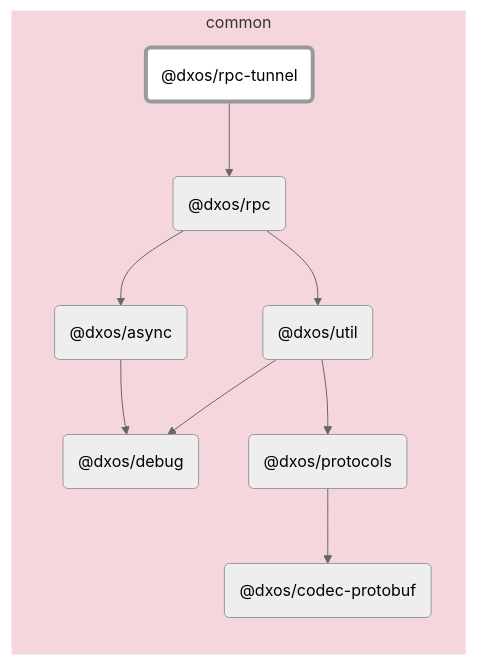
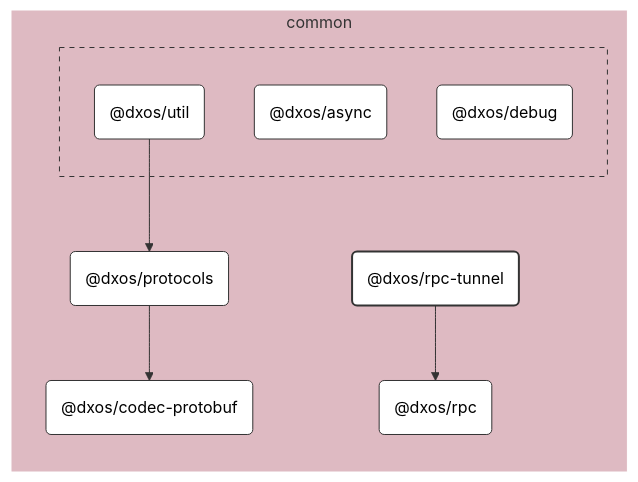
The diagram in packages/common/rpc-tunnel/docs/README.md (dxos/dxos), drawn with Mermaid (neutral theme) before and after one commit. The commit also changed 100 other files, not shown here.

````diff
--- a/packages/common/rpc-tunnel/docs/README.md
+++ b/packages/common/rpc-tunnel/docs/README.md
@@ -7,31 +7,51 @@
 ```mermaid
-flowchart LR;
+%%{ init: {'flowchart':{'curve':'basis'}} }%%
 
-style dxos/rpc-tunnel fill:#fff,stroke-width:4px;
+flowchart LR
 
-click dxos/rpc "https:/github.com/dxos/dxos/tree/main/packages/common/rpc/docs";
-click dxos/async "https:/github.com/dxos/dxos/tree/main/packages/common/async/docs";
-click dxos/codec-protobuf "https:/github.com/dxos/dxos/tree/main/packages/common/codec-protobuf/docs";
-click dxos/debug "https:/github.com/dxos/dxos/tree/main/packages/common/debug/docs";
-click dxos/protocols "https:/github.com/dxos/dxos/tree/main/packages/common/protocols/docs";
-click dxos/util "https:/github.com/dxos/dxos/tree/main/packages/common/util/docs";
+%% Links
+dxos/protocols --> dxos/codec-protobuf;
+dxos/rpc-tunnel --> dxos/rpc;
+dxos/util --> dxos/protocols;
 
+%% Sections
 subgraph common
-  style common fill:#f5d6dd,stroke:#fff;
-  dxos/rpc-tunnel("@dxos/rpc-tunnel");
-  dxos/rpc("@dxos/rpc");
-  dxos/async("@dxos/async");
-  dxos/debug("@dxos/debug");
-  dxos/codec-protobuf("@dxos/codec-protobuf");
-  dxos/protocols("@dxos/protocols");
-  dxos/util("@dxos/util");
+  style common fill:#debac2,stroke:#fff;
+
+  dxos/codec-protobuf("@dxos/codec-protobuf")
+  dxos/protocols("@dxos/protocols")
+  dxos/rpc("@dxos/rpc")
+  dxos/rpc-tunnel("@dxos/rpc-tunnel")
+
+  subgraph common-excluded [ ]
+    style common-excluded fill:#debac2,stroke:#333,stroke-dasharray:5 5;
+
+    dxos/async("@dxos/async")
+    dxos/debug("@dxos/debug")
+    dxos/util("@dxos/util")
+  end
 end
 
-dxos/rpc-tunnel --> dxos/rpc;
-dxos/rpc --> dxos/async;
-dxos/async --> dxos/debug;
-dxos/protocols --> dxos/codec-protobuf;
-dxos/rpc --> dxos/util;
-dxos/util --> dxos/debug;
-dxos/util --> dxos/protocols;
+
+%% Hyperlinks
+click dxos/async href "https:/github.com/dxos/dxos/tree/main/packages/common/async/docs";
+click dxos/codec-protobuf href "https:/github.com/dxos/dxos/tree/main/packages/common/codec-protobuf/docs";
+click dxos/debug href "https:/github.com/dxos/dxos/tree/main/packages/common/debug/docs";
+click dxos/protocols href "https:/github.com/dxos/dxos/tree/main/packages/common/protocols/docs";
+click dxos/rpc href "https:/github.com/dxos/dxos/tree/main/packages/common/rpc/docs";
+click dxos/util href "https:/github.com/dxos/dxos/tree/main/packages/common/util/docs";
+
+%% Styles
+classDef rootNode fill:#fff,stroke:#333,stroke-width:2px
+classDef defaultNode fill:#fff,stroke:#333,stroke-width:1px
+linkStyle default stroke:#333,stroke-width:1px
+
+dxos/rpc-tunnel:::rootNode
+
+dxos/async:::defaultNode
+dxos/codec-protobuf:::defaultNode
+dxos/debug:::defaultNode
+dxos/protocols:::defaultNode
+dxos/rpc:::defaultNode
+dxos/util:::defaultNode
 ```
````
